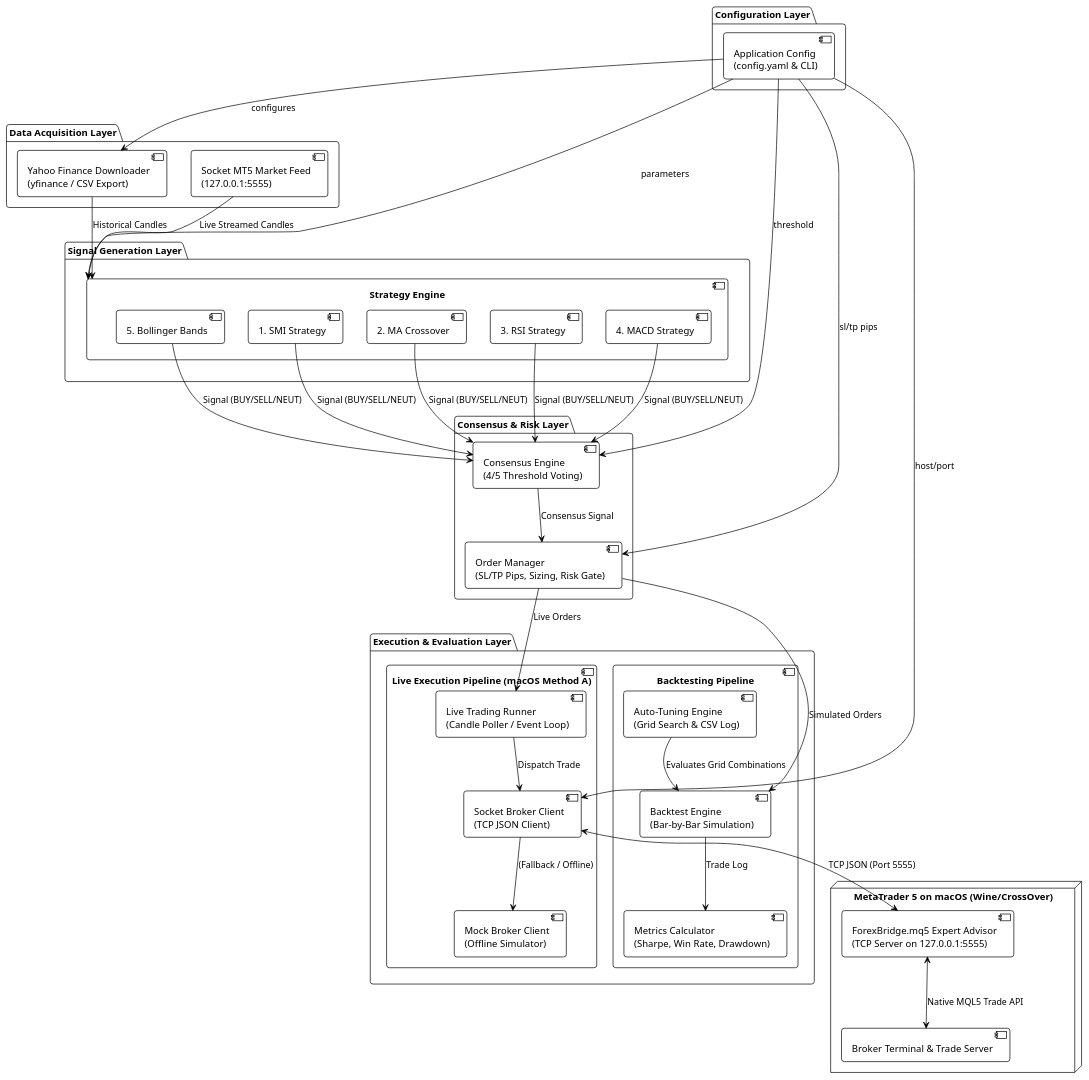
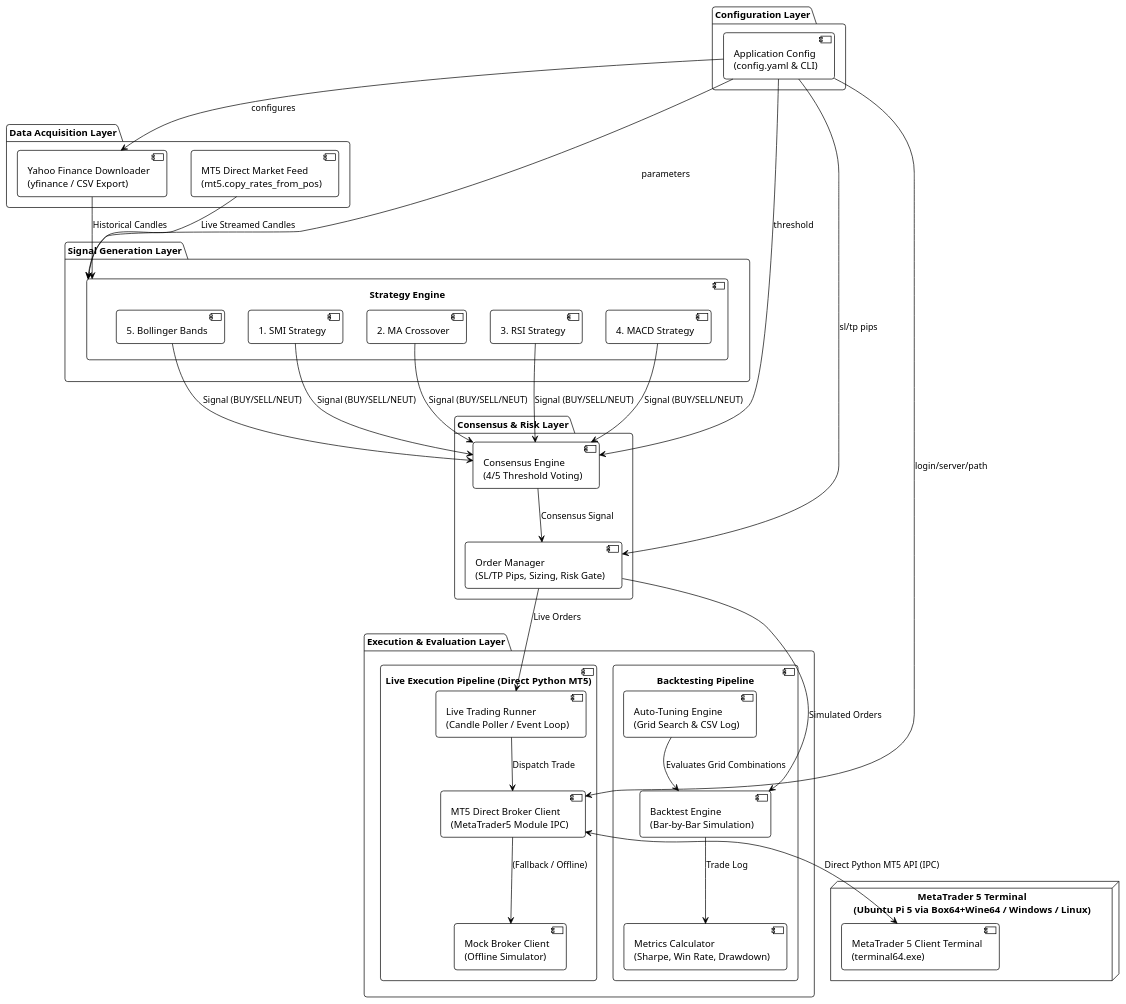
The first of 3 diagrams in .kiro/specs/forex-trading-signal-system/design.md (PhanCuong91/trading), drawn with PlantUML before and after one commit. The commit also changed other lines of this file and 16 other files, not shown here.

First line of the commit message:
Refactor MT5 integration: Replace SocketBrokerClient with MT5BrokerClient

````diff
--- a/.kiro/specs/forex-trading-signal-system/design.md
+++ b/.kiro/specs/forex-trading-signal-system/design.md
@@ -9,81 +9,79 @@
 ```plantuml
 @startuml High_Level_Architecture
 !theme plain
 skinparam componentStyle uml2
 skinparam roundcorner 8
 skinparam shadowing false
 skinparam defaultFontName "Helvetica", "Arial", sans-serif
 
 package "Configuration Layer" {
     [Application Config\n(config.yaml & CLI)] as Config
 }
 
 package "Data Acquisition Layer" {
     [Yahoo Finance Downloader\n(yfinance / CSV Export)] as YahooDownloader
-    [Socket MT5 Market Feed\n(127.0.0.1:5555)] as SocketDataFeed
+    [MT5 Direct Market Feed\n(mt5.copy_rates_from_pos)] as MT5DataFeed
 }
 
 package "Signal Generation Layer" {
     component "Strategy Engine" as StrategyEngine {
         [1. SMI Strategy] as SMI
         [2. MA Crossover] as MA
         [3. RSI Strategy] as RSI
         [4. MACD Strategy] as MACD
         [5. Bollinger Bands] as BB
     }
 }
 
 package "Consensus & Risk Layer" {
     [Consensus Engine\n(4/5 Threshold Voting)] as ConsensusEngine
     [Order Manager\n(SL/TP Pips, Sizing, Risk Gate)] as OrderManager
 }
 
 package "Execution & Evaluation Layer" {
     component "Backtesting Pipeline" {
         [Backtest Engine\n(Bar-by-Bar Simulation)] as BacktestEngine
         [Auto-Tuning Engine\n(Grid Search & CSV Log)] as AutoTuning
         [Metrics Calculator\n(Sharpe, Win Rate, Drawdown)] as MetricsCalc
     }
     
-    component "Live Execution Pipeline (macOS Method A)" {
-        [Socket Broker Client\n(TCP JSON Client)] as SocketClient
+    component "Live Execution Pipeline (Direct Python MT5)" {
+        [MT5 Direct Broker Client\n(MetaTrader5 Module IPC)] as MT5Client
         [Mock Broker Client\n(Offline Simulator)] as MockClient
         [Live Trading Runner\n(Candle Poller / Event Loop)] as LiveRunner
     }
 }
 
-node "MetaTrader 5 on macOS (Wine/CrossOver)" as MT5Node {
-    [ForexBridge.mq5 Expert Advisor\n(TCP Server on 127.0.0.1:5555)] as ForexBridgeEA
-    [Broker Terminal & Trade Server] as MT5Terminal
+node "MetaTrader 5 Terminal\n(Ubuntu Pi 5 via Box64+Wine64 / Windows / Linux)" as MT5Node {
+    [MetaTrader 5 Client Terminal\n(terminal64.exe)] as MT5Terminal
 }
 
 ' Relationships
 Config --> YahooDownloader : configures
 Config --> StrategyEngine : parameters
 Config --> ConsensusEngine : threshold
 Config --> OrderManager : sl/tp pips
-Config --> SocketClient : host/port
+Config --> MT5Client : login/server/path
 
 YahooDownloader --> StrategyEngine : Historical Candles
-SocketDataFeed --> StrategyEngine : Live Streamed Candles
+MT5DataFeed --> StrategyEngine : Live Streamed Candles
 
 SMI --> ConsensusEngine : Signal (BUY/SELL/NEUT)
 MA --> ConsensusEngine : Signal (BUY/SELL/NEUT)
 RSI --> ConsensusEngine : Signal (BUY/SELL/NEUT)
 MACD --> ConsensusEngine : Signal (BUY/SELL/NEUT)
 BB --> ConsensusEngine : Signal (BUY/SELL/NEUT)
 
 ConsensusEngine --> OrderManager : Consensus Signal
 
 OrderManager --> BacktestEngine : Simulated Orders
 BacktestEngine --> MetricsCalc : Trade Log
 AutoTuning --> BacktestEngine : Evaluates Grid Combinations
 
 OrderManager --> LiveRunner : Live Orders
-LiveRunner --> SocketClient : Dispatch Trade
-SocketClient <--> ForexBridgeEA : TCP JSON (Port 5555)
-ForexBridgeEA <--> MT5Terminal : Native MQL5 Trade API
-SocketClient --> MockClient : (Fallback / Offline)
+LiveRunner --> MT5Client : Dispatch Trade
+MT5Client <--> MT5Terminal : Direct Python MT5 API (IPC)
+MT5Client --> MockClient : (Fallback / Offline)
 
 @enduml
 ```
````
